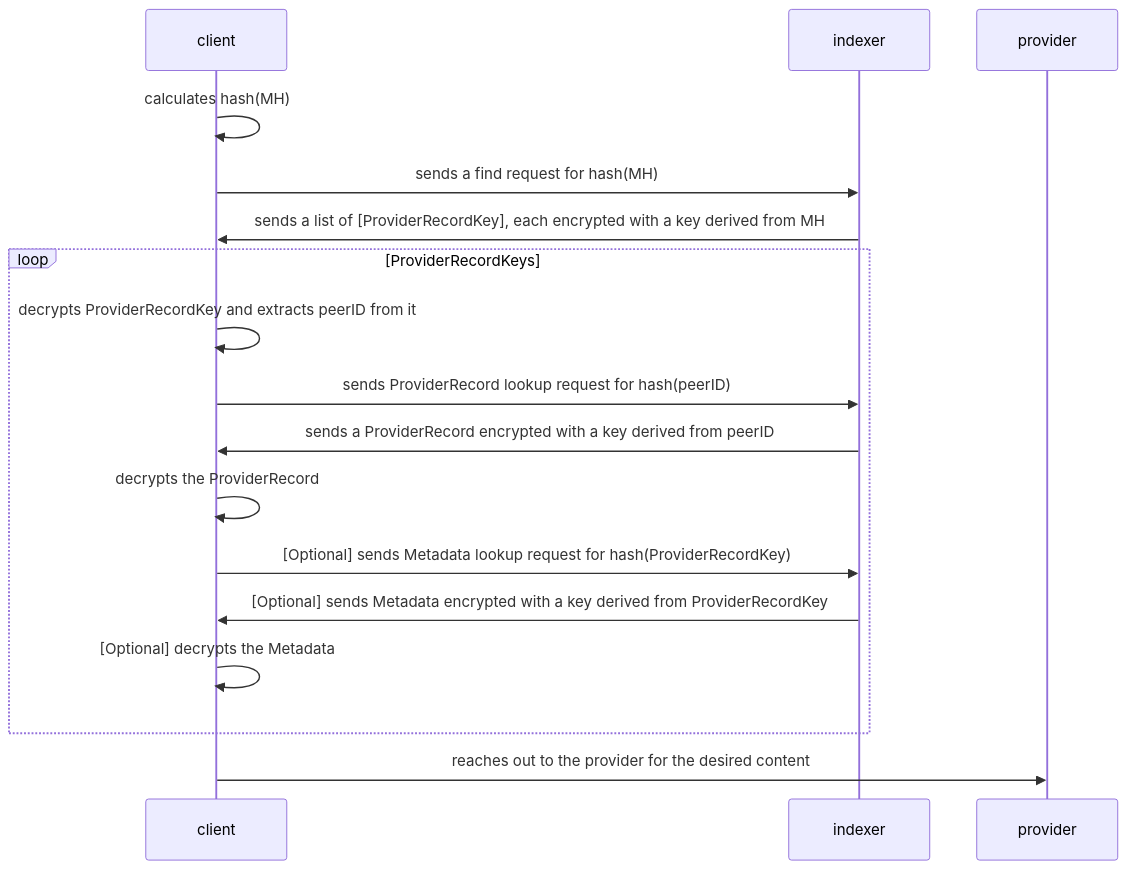
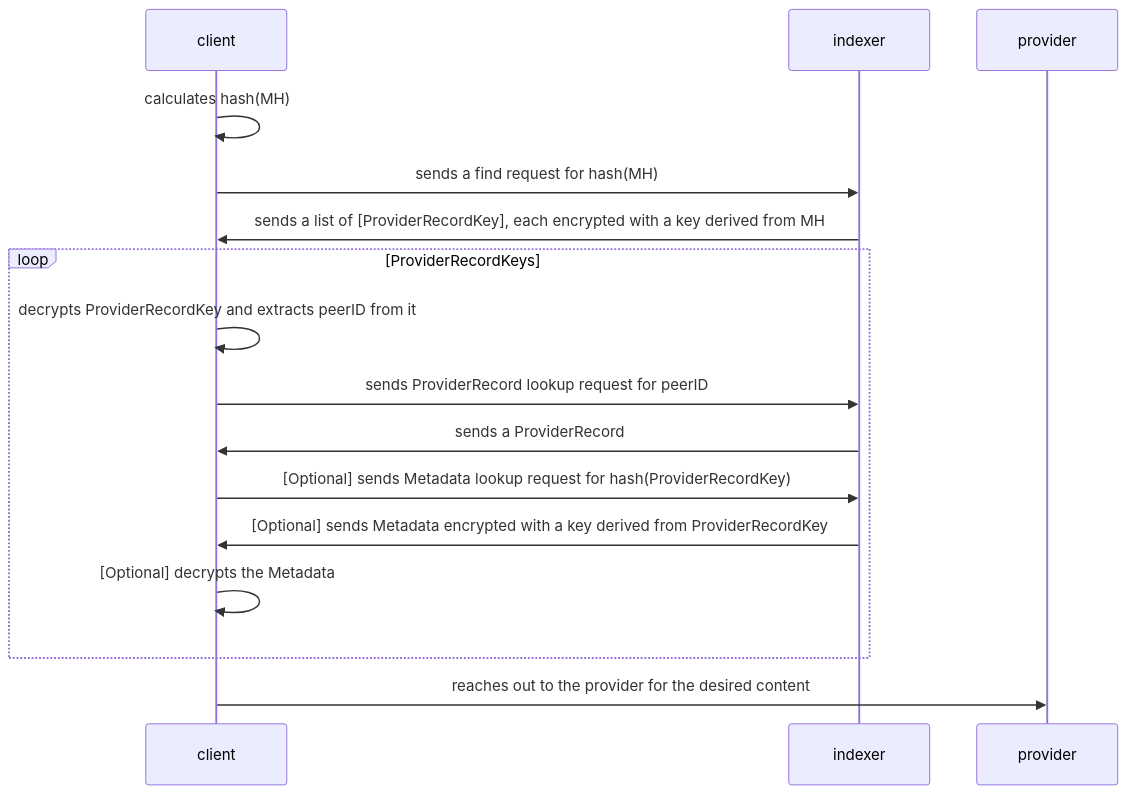
The diagram in reader-privacy.md (ipni/specs), drawn with Mermaid before and after one commit. The commit also changed other lines of this file, not shown here.

Commit message:
Remove ProviderRecord encryption

````diff
--- a/reader-privacy.md
+++ b/reader-privacy.md
@@ -115,19 +112,18 @@
 ```mermaid
 sequenceDiagram
     participant client
     participant indexer
     participant provider
     client->>client: calculates hash(MH)
     client->>indexer: sends a find request for hash(MH)
     indexer->>client: sends a list of [ProviderRecordKey], each encrypted with a key derived from MH
     loop ProviderRecordKeys
         client->>client: decrypts ProviderRecordKey and extracts peerID from it
-        client->>indexer: sends ProviderRecord lookup request for hash(peerID)
-        indexer->>client: sends a ProviderRecord encrypted with a key derived from peerID
-        client->>client: decrypts the ProviderRecord
+        client->>indexer: sends ProviderRecord lookup request for peerID
+        indexer->>client: sends a ProviderRecord
         client->>indexer: [Optional] sends Metadata lookup request for hash(ProviderRecordKey) 
         indexer->>client: [Optional] sends Metadata encrypted with a key derived from ProviderRecordKey
         client->>client: [Optional] decrypts the Metadata
     end
     client->>provider: reaches out to the provider for the desired content
 ```
````
